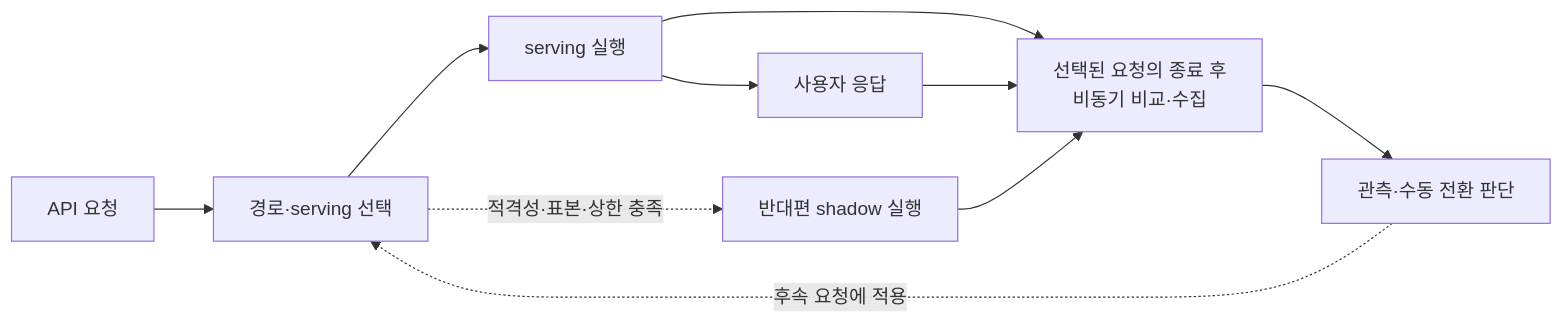
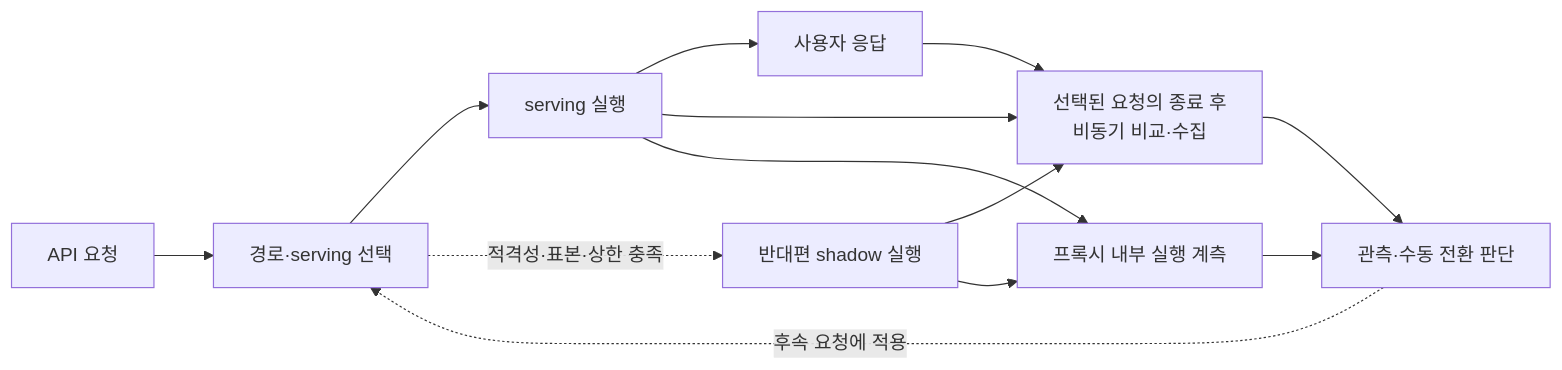
One commit to kimchanhyung98/api-migration-proxy changed the diagram in docs/README.md. Above: the diagram before and after it, drawn with Mermaid. The commit also changed other lines of this file and 16 other files, not shown here.

````diff
--- a/docs/README.md
+++ b/docs/README.md
@@ -7,11 +21,14 @@
 ```mermaid
 flowchart LR
     A["API 요청"] --> B["경로·serving 선택"]
     B --> C["serving 실행"] --> D["사용자 응답"]
     B -. "적격성·표본·상한 충족" .-> E["반대편 shadow 실행"]
     C --> F["선택된 요청의 종료 후<br/>비동기 비교·수집"]
     D --> F
     E --> F
     F --> G["관측·수동 전환 판단"]
+    C --> H["프록시 내부 실행 계측"]
+    E --> H
+    H --> G
     G -. "후속 요청에 적용" .-> B
 ```
````
